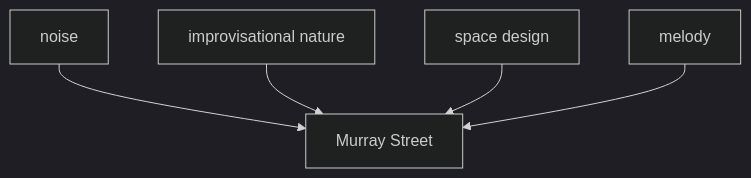
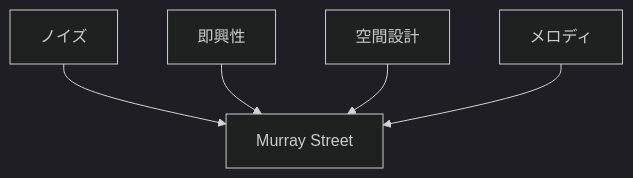
Before and after one commit to monumental-movement/monumental-movement.github.io: the fourth of 7 diagrams in en/_posts/2026-05-24-column-jim-o-rourke.md, drawn with Mermaid (dark theme). The commit also changed other lines of this file and 2196 other files, not shown here.

```diff
--- a/en/_posts/2026-05-24-column-jim-o-rourke.md
+++ b/en/_posts/2026-05-24-column-jim-o-rourke.md
@@ -242,7 +242,7 @@
 <div class="mermaid">
 flowchart TD
-A[noise] --> D[Murray Street]
-B[improvisational nature] --> D
-C[space design] --> D
-E[melody] --> D
+A[ノイズ] --> D[Murray Street]
+B[即興性] --> D
+C[空間設計] --> D
+E[メロディ] --> D
 </div>
```
